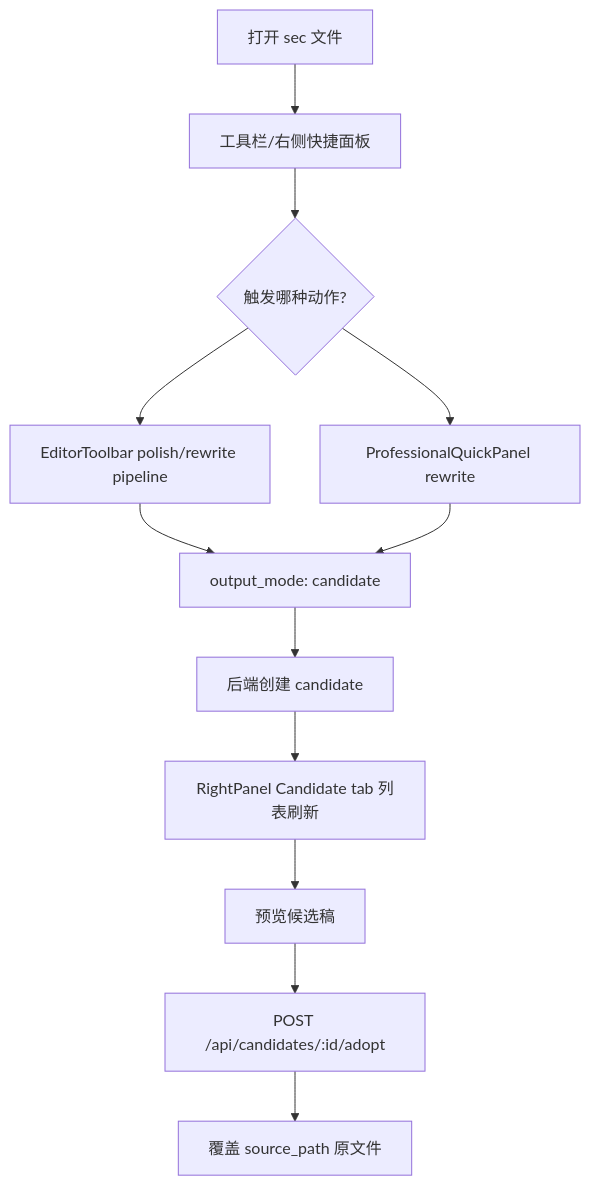
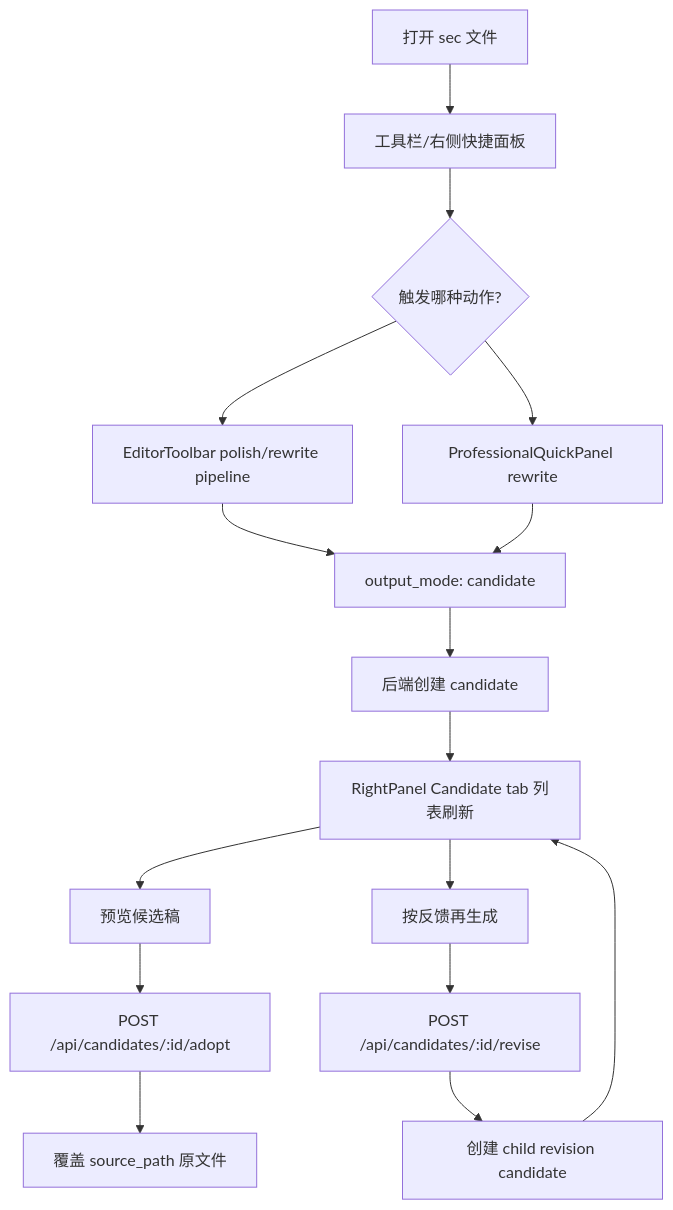
Before and after one commit to wuyinglai/moyun-studio: the second of 4 diagrams in docs/frontend-user-flow.md, drawn with Mermaid. The commit also changed other lines of this file and 15 other files, not shown here.

Commit message:
feat: add feedback revision candidates

````diff
--- a/docs/frontend-user-flow.md
+++ b/docs/frontend-user-flow.md
@@ -364,14 +366,18 @@
 ```mermaid
 flowchart TD
   A["打开 sec 文件"] --> B["工具栏/右侧快捷面板"]
   B --> C{"触发哪种动作?"}
   C --> D["EditorToolbar polish/rewrite pipeline"]
   C --> E["ProfessionalQuickPanel rewrite"]
   D --> F["output_mode: candidate"]
   E --> F
   F --> H["后端创建 candidate"]
   H --> I["RightPanel Candidate tab 列表刷新"]
   I --> K["预览候选稿"]
   K --> L["POST /api/candidates/:id/adopt"]
   L --> M["覆盖 source_path 原文件"]
+  I --> N["按反馈再生成"]
+  N --> O["POST /api/candidates/:id/revise"]
+  O --> P["创建 child revision candidate"]
+  P --> I
 ```
````
